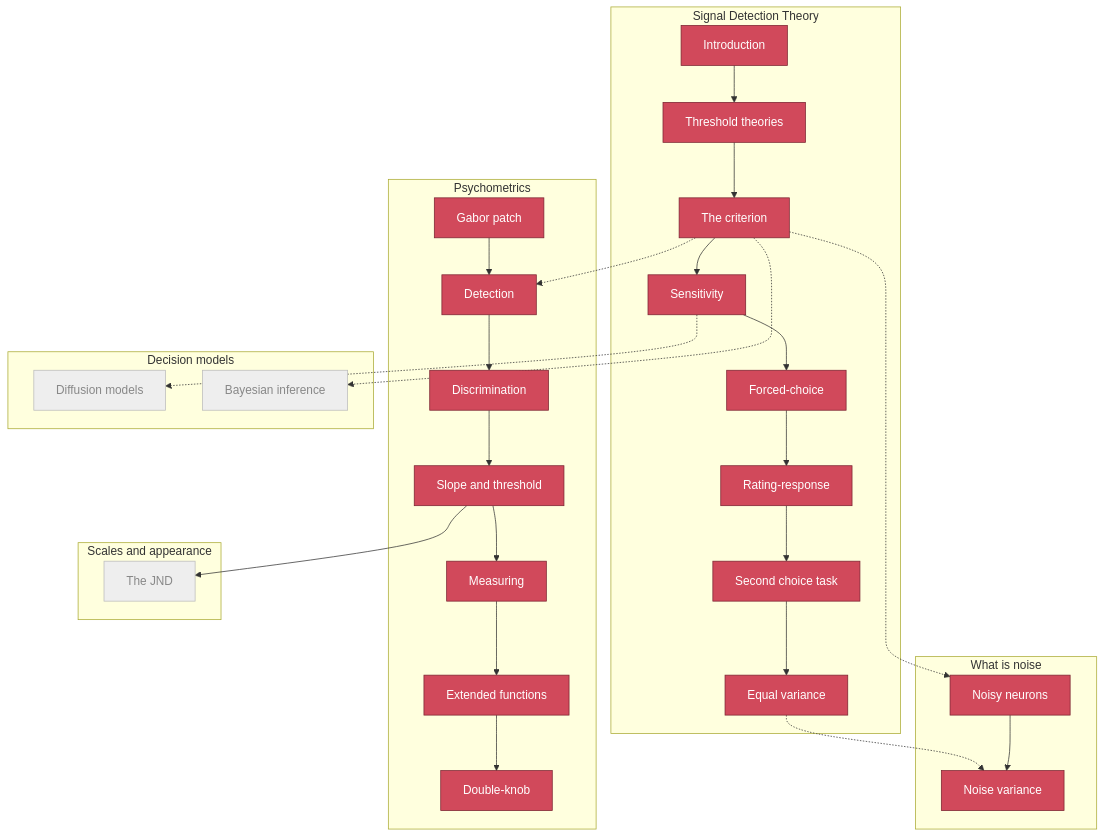
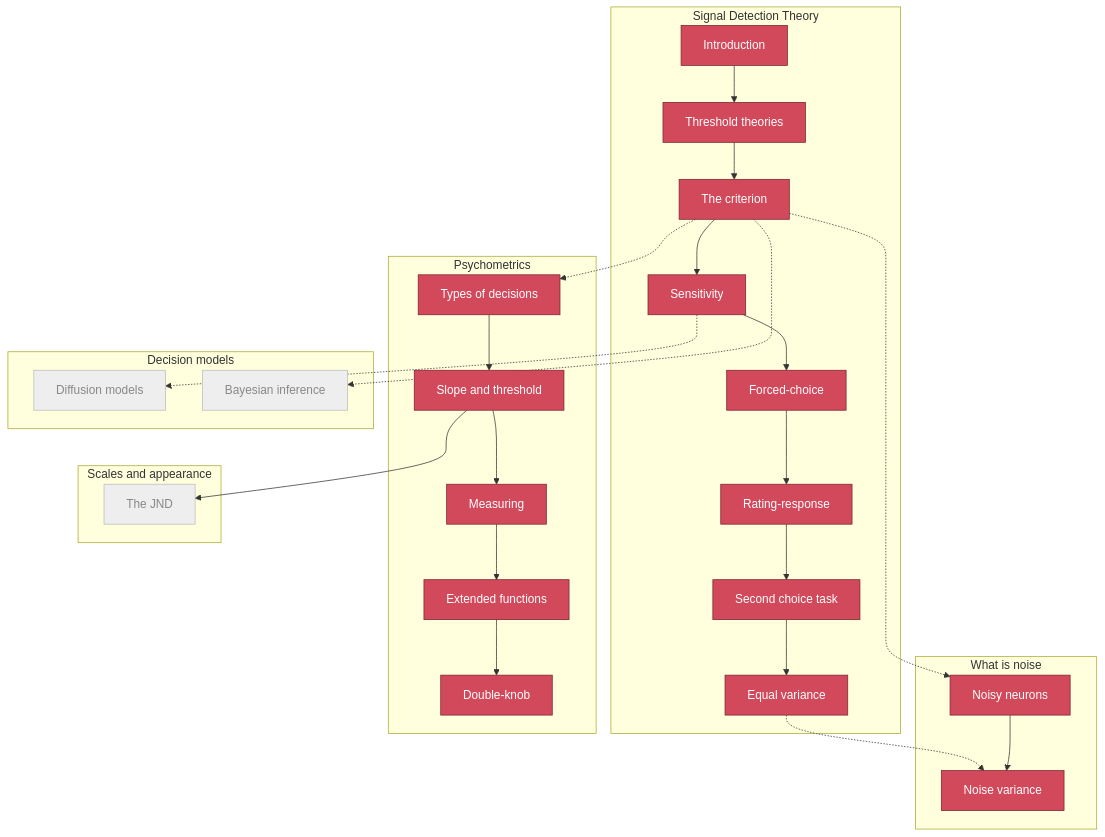
The diagram in sitemap.md (tbalsdon/psychophysical-choose-your-own-adventure), drawn with Mermaid before and after one commit. The commit also changed 6 other files, not shown here.

First line of the commit message:
Fold Gabor into the Psychometrics intro; add "Types of decisions" hub

````diff
--- a/sitemap.md
+++ b/sitemap.md
@@ -12,70 +12,66 @@
 ```{mermaid}
 flowchart TD
     subgraph SDT [Signal Detection Theory]
         a[Introduction]
         b[Threshold theories]
         d[The criterion]
         e[Sensitivity]
         f[Forced-choice]
         g[Rating-response]
         h[Second choice task]
         i[Equal variance]
     end
 
     subgraph NOISE [What is noise]
         nn[Noisy neurons]
         nv[Noise variance]
     end
 
     subgraph PSY [Psychometrics]
-        pg[Gabor patch]
-        pd[Detection]
-        pdi[Discrimination]
+        pdec[Types of decisions]
         pst[Slope and threshold]
         pme[Measuring]
         pex[Extended functions]
         pdk[Double-knob]
     end
 
     subgraph SCALE [Scales and appearance]
         s1[The JND]
     end
 
     subgraph DM [Decision models]
         dm1[Diffusion models]
         dm2[Bayesian inference]
     end
 
     a --> b --> d --> e --> f --> g --> h --> i
     d -.-> nn
     i -.-> nv
     nn --> nv
-    d -.-> pd
-    pg --> pd --> pdi --> pst --> pme --> pex --> pdk
+    d -.-> pdec
+    pdec --> pst --> pme --> pex --> pdk
     pst --> s1
     e -.-> dm1
     d -.-> dm2
 
     classDef done fill:#d1495b,stroke:#7a2230,color:#fff;
     classDef todo fill:#eee,stroke:#bbb,color:#888;
-    class a,b,d,e,f,g,h,i,nn,nv,pg,pd,pdi,pst,pme,pex,pdk done;
+    class a,b,d,e,f,g,h,i,nn,nv,pdec,pst,pme,pex,pdk done;
     class s1,dm1,dm2 todo;
 
     click a "../modules/sdt-intro"
     click b "../modules/sdt-threshold-theories"
     click d "../modules/sdt-criterion"
     click e "../modules/sdt-sensitivity"
     click f "../modules/sdt-forced-choice"
     click g "../modules/sdt-rating-response"
     click h "../modules/sdt-second-choice"
     click i "../modules/sdt-equal-variance"
     click nn "../modules/noise-noisy-neurons"
     click nv "../modules/noise-variance"
-    click pg "../modules/psy-gabor"
-    click pd "../modules/psy-detection"
-    click pdi "../modules/psy-discrimination"
+    click pdec "../modules/psy-decisions"
     click pst "../modules/psy-slope-threshold-bias"
     click pme "../modules/psy-measuring"
     click pex "../modules/psy-extended"
     click pdk "../modules/psy-double-knob"
 ```
````
